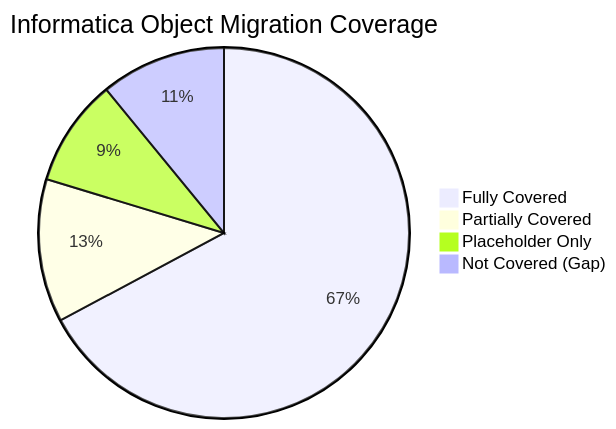
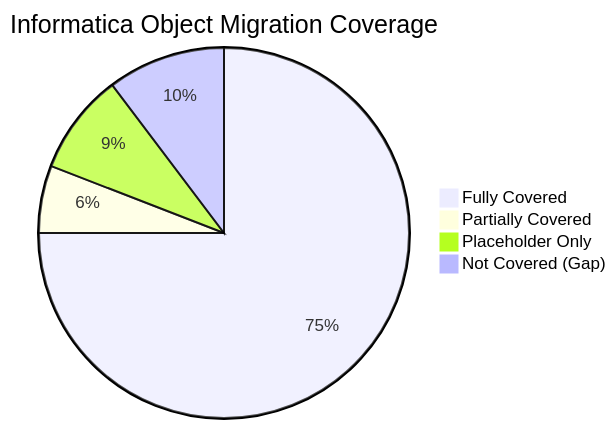
Before and after one commit to cyphou/InformaticaToFabric: the first of 3 diagrams in GAP_ANALYSIS.md, drawn with Mermaid. The commit also changed other lines of this file and 7 other files, not shown here.

````diff
--- a/GAP_ANALYSIS.md
+++ b/GAP_ANALYSIS.md
@@ -32,7 +32,7 @@
 ```mermaid
 pie title Informatica Object Migration Coverage
-    "Fully Covered" : 43
-    "Partially Covered" : 8
+    "Fully Covered" : 51
+    "Partially Covered" : 4
     "Placeholder Only" : 6
     "Not Covered (Gap)" : 7
 ```
````
